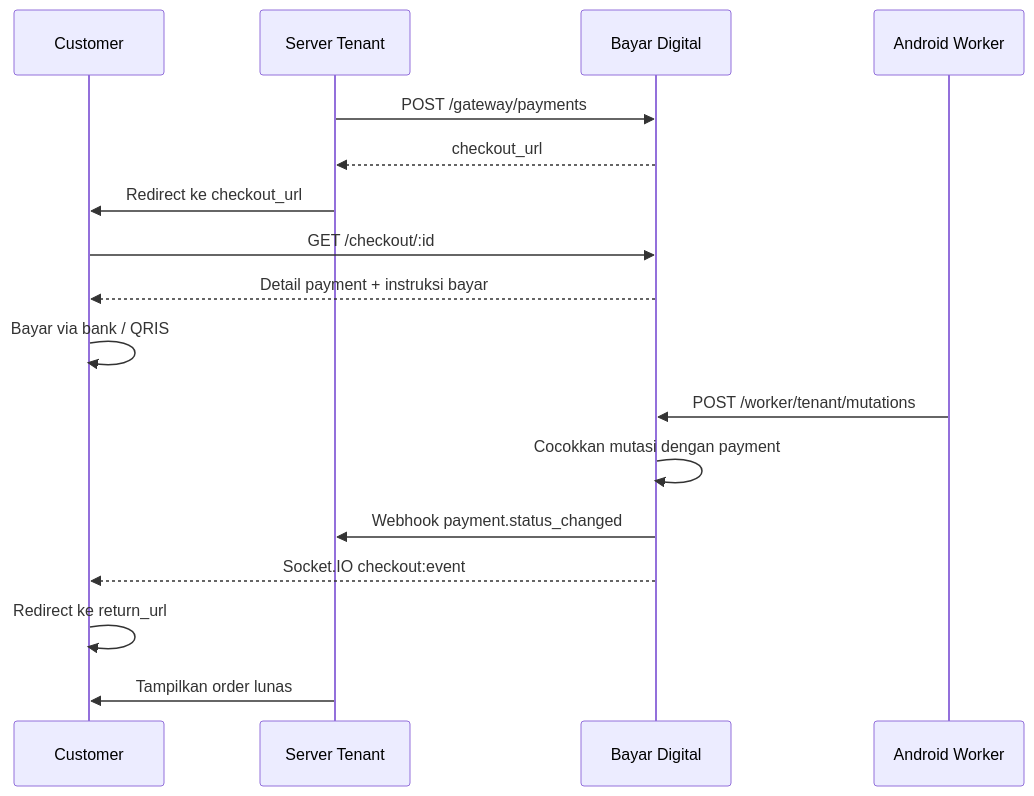
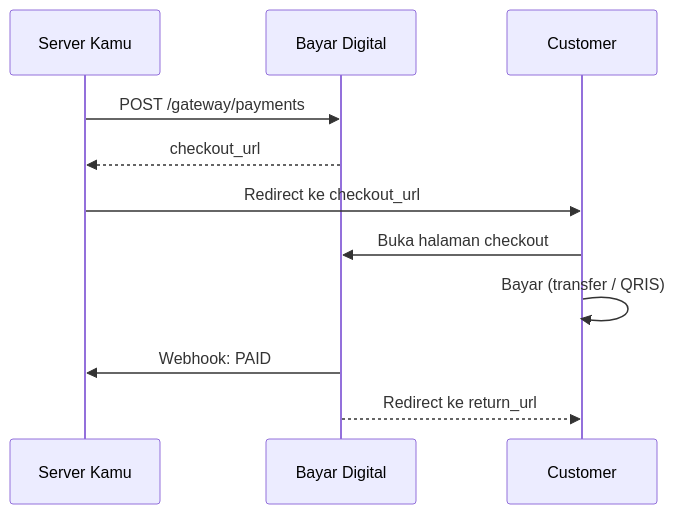
One commit to rioanandaputra-bot/bayar.digital-docs changed the diagram in docs/checkout.md. Above: the diagram before and after it, drawn with Mermaid. The commit also changed other lines of this file and 12 other files, not shown here.

````diff
--- a/docs/checkout.md
+++ b/docs/checkout.md
@@ -29,20 +19,14 @@
 ```mermaid
 sequenceDiagram
+    participant T as Server Kamu
+    participant B as Bayar Digital
     participant C as Customer
-    participant T as Server Tenant
-    participant B as Bayar Digital
-    participant W as Android Worker
 
     T->>B: POST /gateway/payments
     B-->>T: checkout_url
     T->>C: Redirect ke checkout_url
-    C->>B: GET /checkout/:id
-    B-->>C: Detail payment + instruksi bayar
-    C->>C: Bayar via bank / QRIS
-    W->>B: POST /worker/tenant/mutations
-    B->>B: Cocokkan mutasi dengan payment
-    B->>T: Webhook payment.status_changed
-    B-->>C: Socket.IO checkout:event
-    C->>C: Redirect ke return_url
-    T->>C: Tampilkan order lunas
+    C->>B: Buka halaman checkout
+    C->>C: Bayar (transfer / QRIS)
+    B->>T: Webhook: PAID
+    B-->>C: Redirect ke return_url
 ```
````
